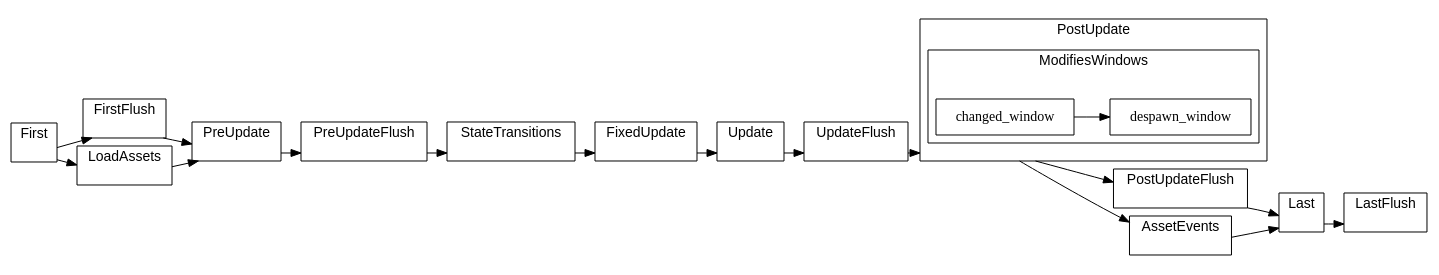
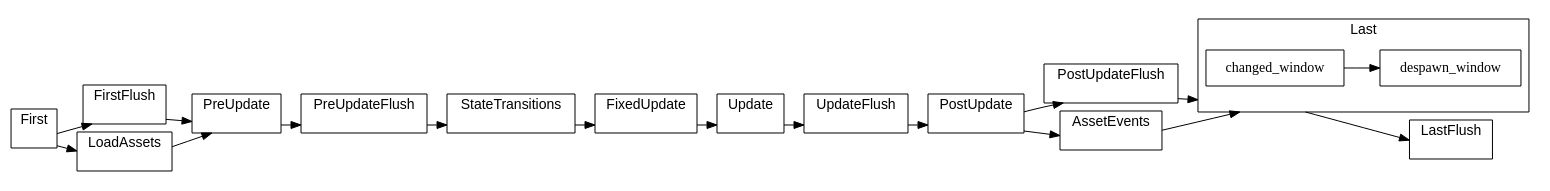
The diagram in docs/by-crate/light/schedule_Main_bevy_winit.dot (jakobhellermann/bevy_mod_debugdump), drawn with Graphviz before and after one commit. The commit also changed 35 other files, not shown here.

```diff
--- a/docs/by-crate/light/schedule_Main_bevy_winit.dot
+++ b/docs/by-crate/light/schedule_Main_bevy_winit.dot
@@ -1,117 +1,111 @@
 digraph "schedule" {
 	"compound"="true";
 	"splines"="spline";
 	"rankdir"="LR";
 	"bgcolor"="white";
 	"fontname"="Helvetica";
 	node ["shape"="box", "style"="filled", "fillcolor"="white", "color"="black"];
 	edge ["color"="black"];
 	subgraph "clusternode_Set(0)" {
 		"label"="Update";
 		"bgcolor"="white";
 		"set_marker_node_Set(0)" ["style"="invis", "label"="", "height"="0", "shape"="point"]
 	}
 	
 	subgraph "clusternode_Set(2)" {
 		"label"="FirstFlush";
 		"bgcolor"="white";
 		"set_marker_node_Set(2)" ["style"="invis", "label"="", "height"="0", "shape"="point"]
 	}
 	
 	subgraph "clusternode_Set(3)" {
 		"label"="PreUpdateFlush";
 		"bgcolor"="white";
 		"set_marker_node_Set(3)" ["style"="invis", "label"="", "height"="0", "shape"="point"]
 	}
 	
 	subgraph "clusternode_Set(4)" {
 		"label"="UpdateFlush";
 		"bgcolor"="white";
 		"set_marker_node_Set(4)" ["style"="invis", "label"="", "height"="0", "shape"="point"]
 	}
 	
 	subgraph "clusternode_Set(5)" {
 		"label"="PostUpdateFlush";
 		"bgcolor"="white";
 		"set_marker_node_Set(5)" ["style"="invis", "label"="", "height"="0", "shape"="point"]
 	}
 	
 	subgraph "clusternode_Set(6)" {
 		"label"="LastFlush";
 		"bgcolor"="white";
 		"set_marker_node_Set(6)" ["style"="invis", "label"="", "height"="0", "shape"="point"]
 	}
 	
 	subgraph "clusternode_Set(7)" {
 		"label"="First";
 		"bgcolor"="white";
 		"set_marker_node_Set(7)" ["style"="invis", "label"="", "height"="0", "shape"="point"]
 	}
 	
 	subgraph "clusternode_Set(8)" {
 		"label"="PreUpdate";
 		"bgcolor"="white";
 		"set_marker_node_Set(8)" ["style"="invis", "label"="", "height"="0", "shape"="point"]
 	}
 	
 	subgraph "clusternode_Set(9)" {
 		"label"="StateTransitions";
 		"bgcolor"="white";
 		"set_marker_node_Set(9)" ["style"="invis", "label"="", "height"="0", "shape"="point"]
 	}
 	
 	subgraph "clusternode_Set(10)" {
 		"label"="FixedUpdate";
 		"bgcolor"="white";
 		"set_marker_node_Set(10)" ["style"="invis", "label"="", "height"="0", "shape"="point"]
 	}
 	
 	subgraph "clusternode_Set(11)" {
 		"label"="PostUpdate";
 		"bgcolor"="white";
 		"set_marker_node_Set(11)" ["style"="invis", "label"="", "height"="0", "shape"="point"]
-		subgraph "clusternode_Set(70)" {
-			"label"="ModifiesWindows";
-			"bgcolor"="white";
-			"set_marker_node_Set(70)" ["style"="invis", "label"="", "height"="0", "shape"="point"]
-			"node_System(57)" ["label"="changed_window"]
-			"node_System(58)" ["label"="despawn_window"]
-		}
-		
 	}
 	
 	subgraph "clusternode_Set(12)" {
 		"label"="Last";
 		"bgcolor"="white";
 		"set_marker_node_Set(12)" ["style"="invis", "label"="", "height"="0", "shape"="point"]
+		"node_System(57)" ["label"="changed_window"]
+		"node_System(58)" ["label"="despawn_window"]
 	}
 	
 	subgraph "clusternode_Set(58)" {
 		"label"="LoadAssets";
 		"bgcolor"="white";
 		"set_marker_node_Set(58)" ["style"="invis", "label"="", "height"="0", "shape"="point"]
 	}
 	
 	subgraph "clusternode_Set(59)" {
 		"label"="AssetEvents";
 		"bgcolor"="white";
 		"set_marker_node_Set(59)" ["style"="invis", "label"="", "height"="0", "shape"="point"]
 	}
 	
 	"set_marker_node_Set(7)" -> "set_marker_node_Set(2)" ["lhead"="clusternode_Set(2)", "ltail"="clusternode_Set(7)"]
 	"set_marker_node_Set(2)" -> "set_marker_node_Set(8)" ["lhead"="clusternode_Set(8)", "ltail"="clusternode_Set(2)"]
 	"set_marker_node_Set(8)" -> "set_marker_node_Set(3)" ["lhead"="clusternode_Set(3)", "ltail"="clusternode_Set(8)"]
 	"set_marker_node_Set(3)" -> "set_marker_node_Set(9)" ["lhead"="clusternode_Set(9)", "ltail"="clusternode_Set(3)"]
 	"set_marker_node_Set(9)" -> "set_marker_node_Set(10)" ["lhead"="clusternode_Set(10)", "ltail"="clusternode_Set(9)"]
 	"set_marker_node_Set(10)" -> "set_marker_node_Set(0)" ["lhead"="clusternode_Set(0)", "ltail"="clusternode_Set(10)"]
 	"set_marker_node_Set(0)" -> "set_marker_node_Set(4)" ["lhead"="clusternode_Set(4)", "ltail"="clusternode_Set(0)"]
 	"set_marker_node_Set(4)" -> "set_marker_node_Set(11)" ["lhead"="clusternode_Set(11)", "ltail"="clusternode_Set(4)"]
 	"set_marker_node_Set(11)" -> "set_marker_node_Set(5)" ["lhead"="clusternode_Set(5)", "ltail"="clusternode_Set(11)"]
 	"set_marker_node_Set(5)" -> "set_marker_node_Set(12)" ["lhead"="clusternode_Set(12)", "ltail"="clusternode_Set(5)"]
 	"set_marker_node_Set(12)" -> "set_marker_node_Set(6)" ["lhead"="clusternode_Set(6)", "ltail"="clusternode_Set(12)"]
 	"set_marker_node_Set(58)" -> "set_marker_node_Set(8)" ["lhead"="clusternode_Set(8)", "ltail"="clusternode_Set(58)"]
 	"set_marker_node_Set(7)" -> "set_marker_node_Set(58)" ["lhead"="clusternode_Set(58)", "ltail"="clusternode_Set(7)"]
 	"set_marker_node_Set(11)" -> "set_marker_node_Set(59)" ["lhead"="clusternode_Set(59)", "ltail"="clusternode_Set(11)"]
 	"set_marker_node_Set(59)" -> "set_marker_node_Set(12)" ["lhead"="clusternode_Set(12)", "ltail"="clusternode_Set(59)"]
 	"node_System(57)" -> "node_System(58)" ["lhead"="", "ltail"=""]
 }
```
